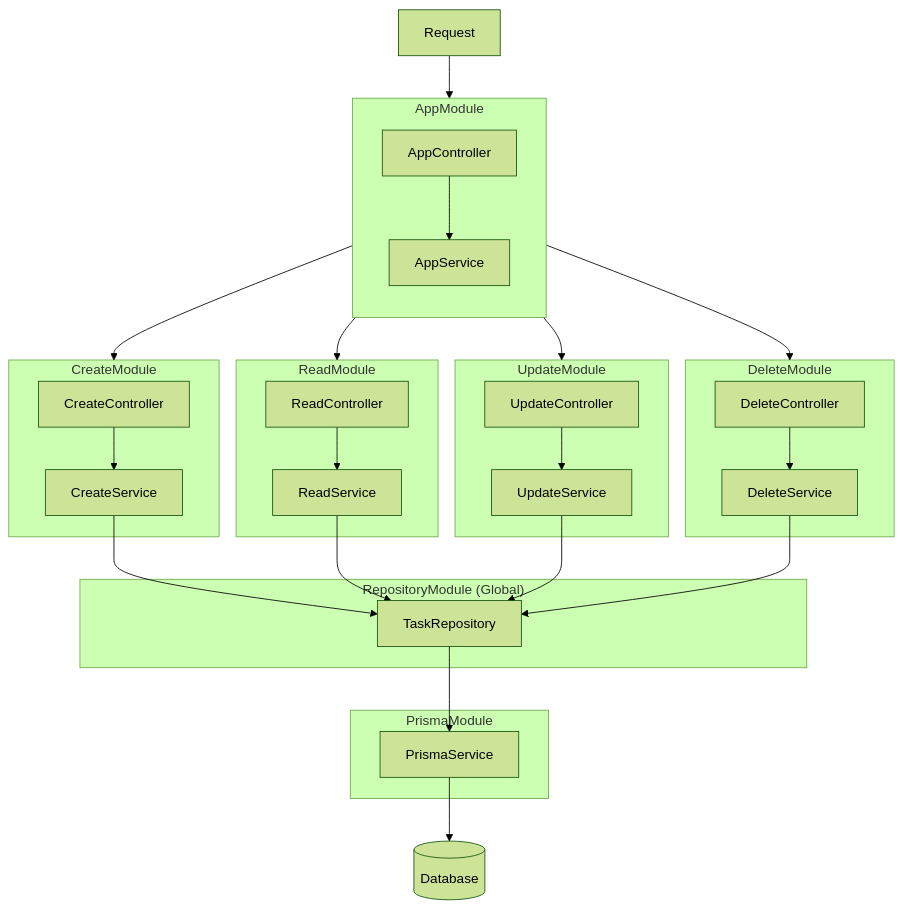
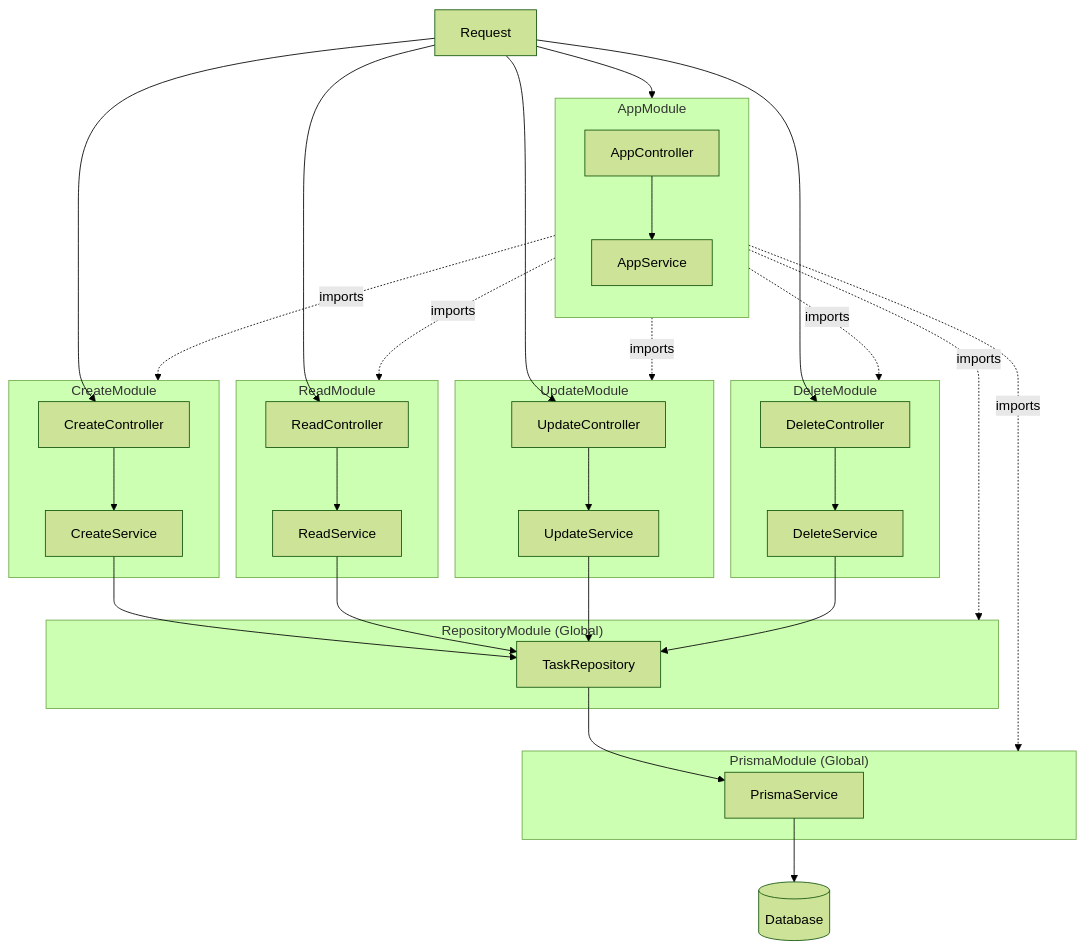
One commit to Yoshinami03/NestJS-TODO-App changed the diagram in README.md. Above: the diagram before and after it, drawn with Mermaid (forest theme).

Commit message:
update: READMEのアーキテクチャ図修正
Appモジュールは各モジュールをimportしてるだけなのでそのように修正した

````diff
--- a/README.md
+++ b/README.md
@@ -81,56 +81,63 @@
 ```mermaid
 flowchart TB
     subgraph App ["AppModule"]
         direction TB
-        AppController-->
+        AppController
         AppService
+        AppController --> AppService
     end
 
-    subgraph Prisma ["PrismaModule"]
+    subgraph Prisma ["PrismaModule (Global)"]
         PrismaService
     end
 
     subgraph Repository ["RepositoryModule (Global)"]
         TaskRepository
     end
 
     subgraph CreateMod ["CreateModule"]
         CreateController
         CreateService
+        CreateController --> CreateService
     end
 
     subgraph ReadMod ["ReadModule"]
         ReadController
         ReadService
+        ReadController --> ReadService
     end
 
     subgraph UpdateMod ["UpdateModule"]
         UpdateController
         UpdateService
+        UpdateController --> UpdateService
     end
 
     subgraph DeleteMod ["DeleteModule"]
         DeleteController
         DeleteService
+        DeleteController --> DeleteService
     end
 
-    AppService --> CreateMod
-    AppService --> ReadMod
-    AppService --> UpdateMod
-    AppService --> DeleteMod
+    App -.imports.-> CreateMod
+    App -.imports.-> ReadMod
+    App -.imports.-> UpdateMod
+    App -.imports.-> DeleteMod
+    App -.imports.-> Prisma
+    App -.imports.-> Repository
 
     TaskRepository --> PrismaService
 
     CreateService --> TaskRepository
     ReadService --> TaskRepository
     UpdateService --> TaskRepository
     DeleteService --> TaskRepository
 
-    CreateController --> CreateService
-    ReadController --> ReadService
-    UpdateController --> UpdateService
-    DeleteController --> DeleteService
-
     PrismaService --> DB[("Database")]
-    Request --> App
+    
+    Request --> AppController
+    Request --> CreateController
+    Request --> ReadController
+    Request --> UpdateController
+    Request --> DeleteController
 ```
````
